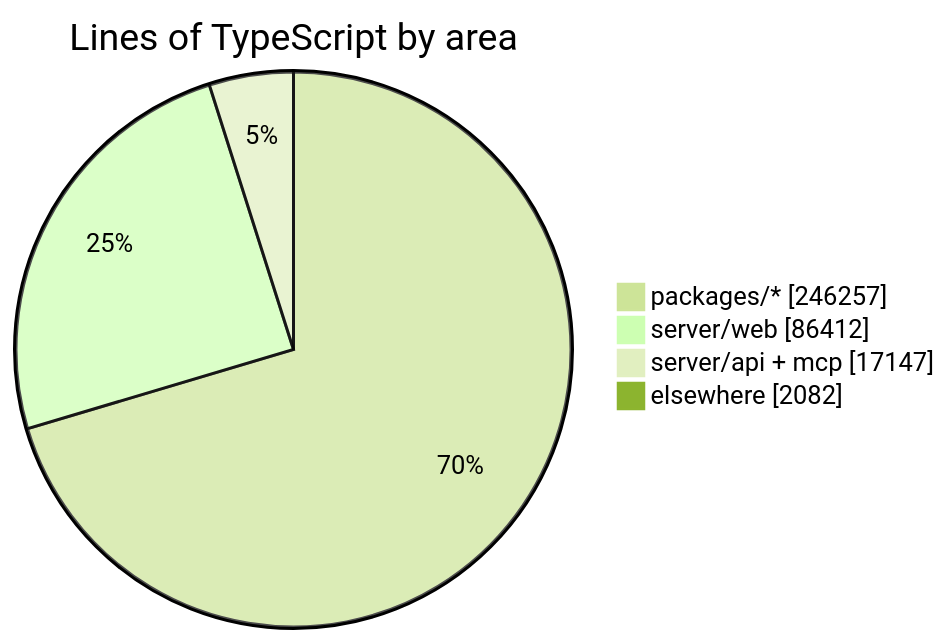
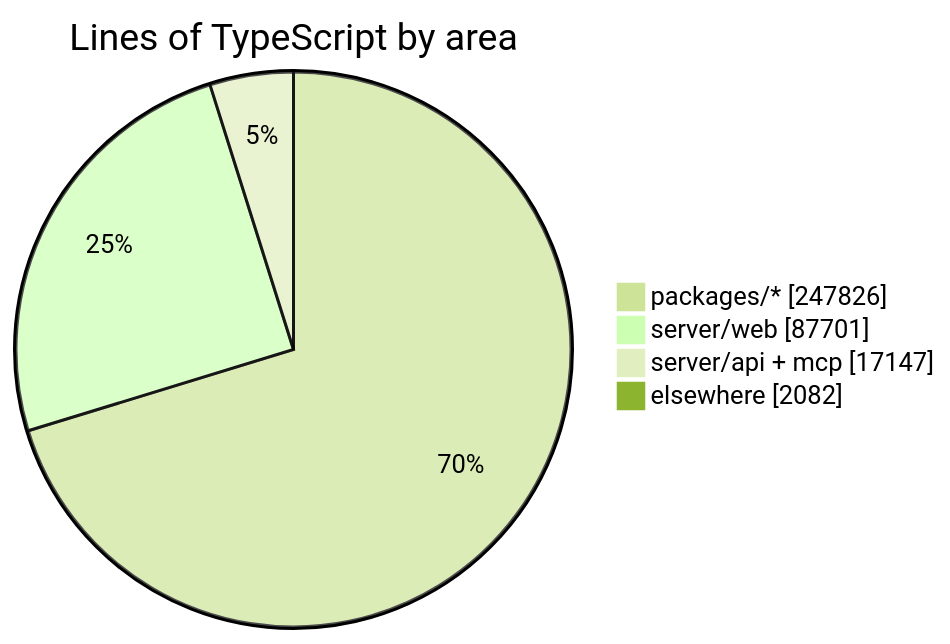
One commit to crossworks-engineering/mantle changed the diagram in README.md. Above: the diagram before and after it, drawn with Mermaid (forest theme). The commit also changed other lines of this file and 2 other files, not shown here.

````diff
--- a/README.md
+++ b/README.md
@@ -287,7 +287,7 @@
 ```mermaid
 pie showData title Lines of TypeScript by area
-    "packages/*" : 246257
-    "server/web" : 86412
+    "packages/*" : 247826
+    "server/web" : 87701
     "server/api + mcp" : 17147
     "elsewhere" : 2082
 ```
````
